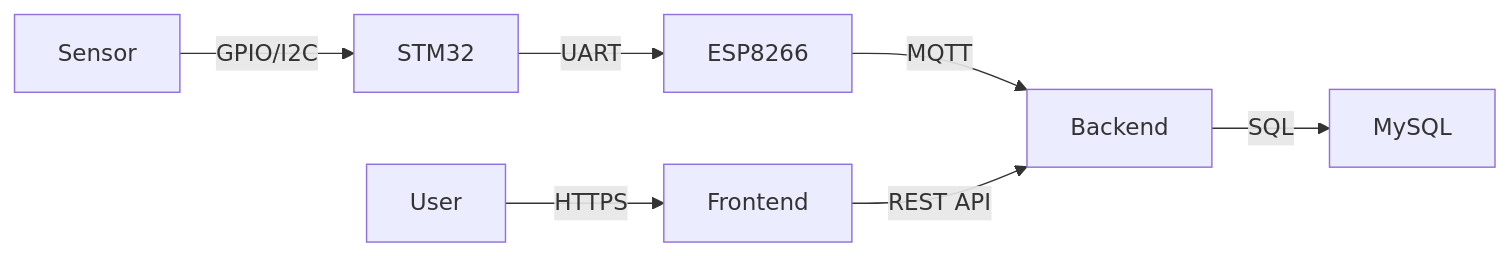
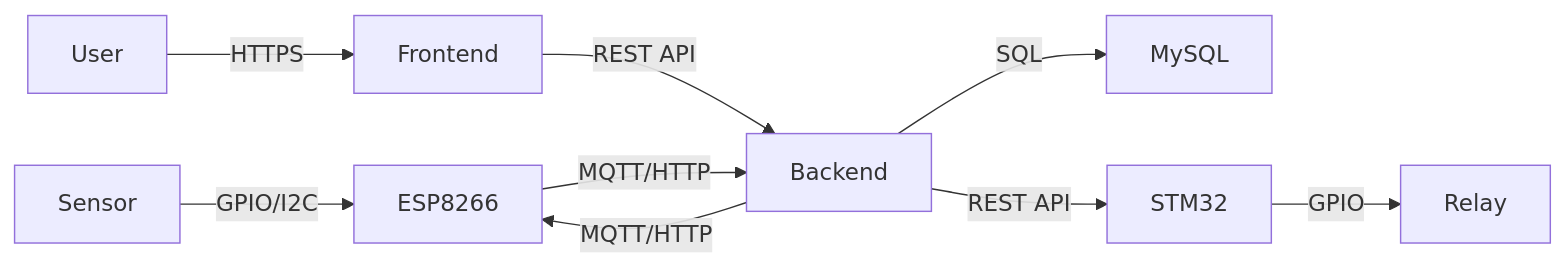
Before and after one commit to jostran1406/Phase_2_Group_11: the eighth of 8 diagrams in docs/architecture/backend.md, drawn with Mermaid. The commit also changed other lines of this file and 1 other file, not shown here.

Commit message:
Update frontend and backend architecture based on mentor feedback

````diff
--- a/docs/architecture/backend.md
+++ b/docs/architecture/backend.md
@@ -242,41 +246,19 @@
 ```mermaid
-
 graph LR
 
-Sensor
+Sensor -- GPIO/I2C --> ESP8266
 
--- GPIO/I2C -->
+User -- HTTPS --> Frontend
 
-STM32
+Frontend -- REST API --> Backend
 
-STM32
+ESP8266 -- MQTT/HTTP --> Backend
 
--- UART -->
+Backend -- MQTT/HTTP --> ESP8266
 
-ESP8266
+Backend -- SQL --> MySQL
 
-ESP8266
+Backend -- REST API --> STM32
 
--- MQTT -->
-
-Backend
-
-Backend
-
--- SQL -->
-
-MySQL
-
-Frontend
-
--- REST API -->
-
-Backend
-
-User
-
--- HTTPS -->
-
-Frontend
-
+STM32 -- GPIO --> Relay
 ```
````
